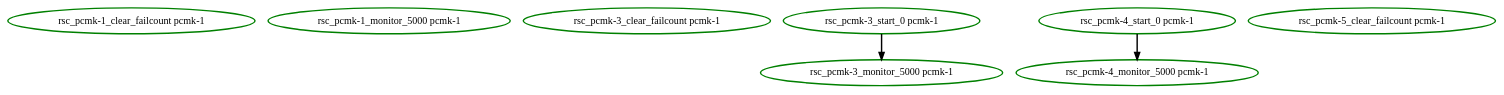
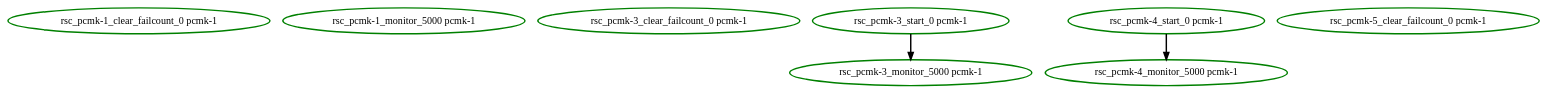
Before and after one commit to ClusterLabs/pacemaker: the diagram in pengine/test10/failcount-block.dot, drawn with Graphviz. The commit also changed 14 other files, not shown here.

```diff
--- a/pengine/test10/failcount-block.dot
+++ b/pengine/test10/failcount-block.dot
@@ -1,12 +1,12 @@
 digraph "g" {
-"rsc_pcmk-1_clear_failcount pcmk-1" [ style=bold color="green" fontcolor="black"]
+"rsc_pcmk-1_clear_failcount_0 pcmk-1" [ style=bold color="green" fontcolor="black"]
 "rsc_pcmk-1_monitor_5000 pcmk-1" [ style=bold color="green" fontcolor="black"]
-"rsc_pcmk-3_clear_failcount pcmk-1" [ style=bold color="green" fontcolor="black"]
+"rsc_pcmk-3_clear_failcount_0 pcmk-1" [ style=bold color="green" fontcolor="black"]
 "rsc_pcmk-3_monitor_5000 pcmk-1" [ style=bold color="green" fontcolor="black"]
 "rsc_pcmk-3_start_0 pcmk-1" -> "rsc_pcmk-3_monitor_5000 pcmk-1" [ style = bold]
 "rsc_pcmk-3_start_0 pcmk-1" [ style=bold color="green" fontcolor="black"]
 "rsc_pcmk-4_monitor_5000 pcmk-1" [ style=bold color="green" fontcolor="black"]
 "rsc_pcmk-4_start_0 pcmk-1" -> "rsc_pcmk-4_monitor_5000 pcmk-1" [ style = bold]
 "rsc_pcmk-4_start_0 pcmk-1" [ style=bold color="green" fontcolor="black"]
-"rsc_pcmk-5_clear_failcount pcmk-1" [ style=bold color="green" fontcolor="black"]
+"rsc_pcmk-5_clear_failcount_0 pcmk-1" [ style=bold color="green" fontcolor="black"]
 }
```
